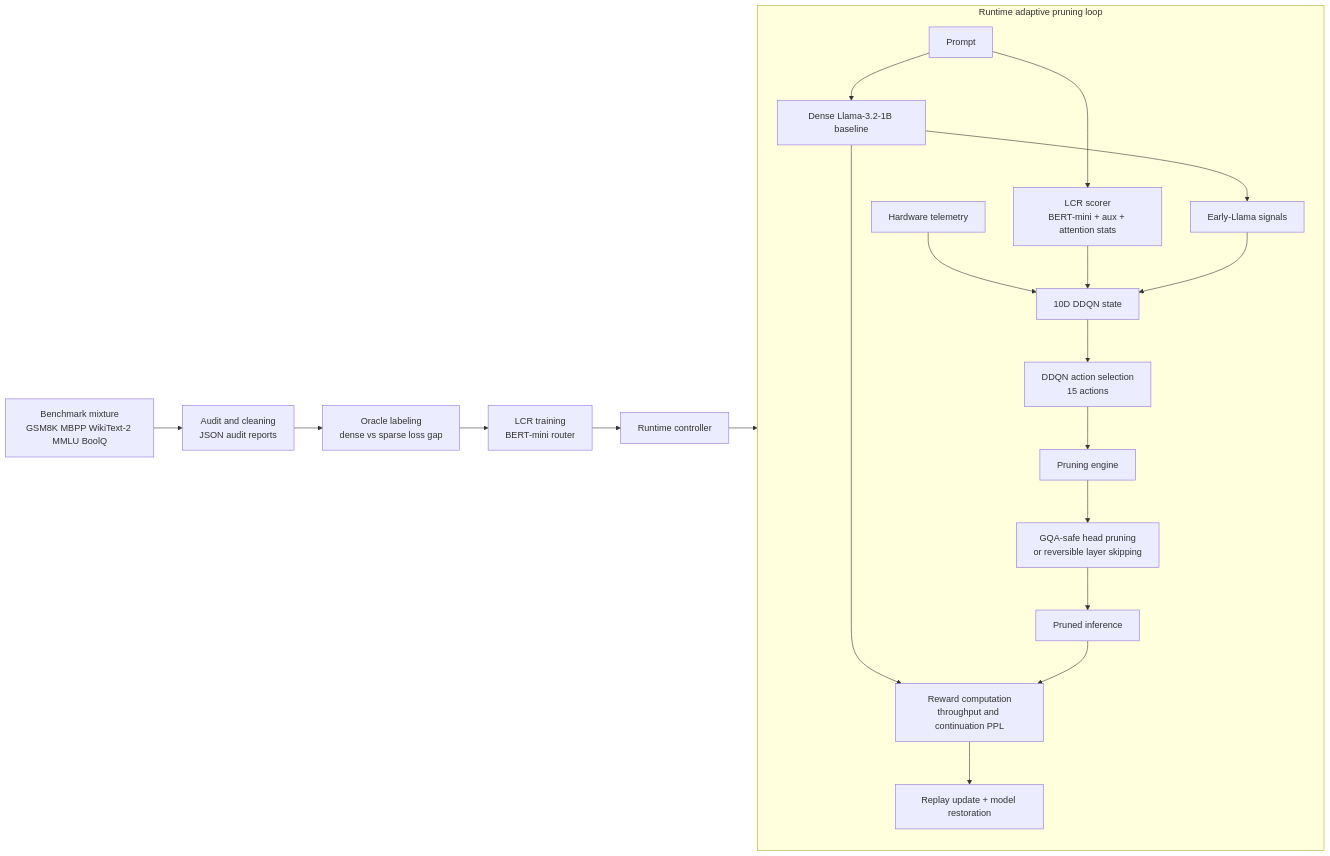
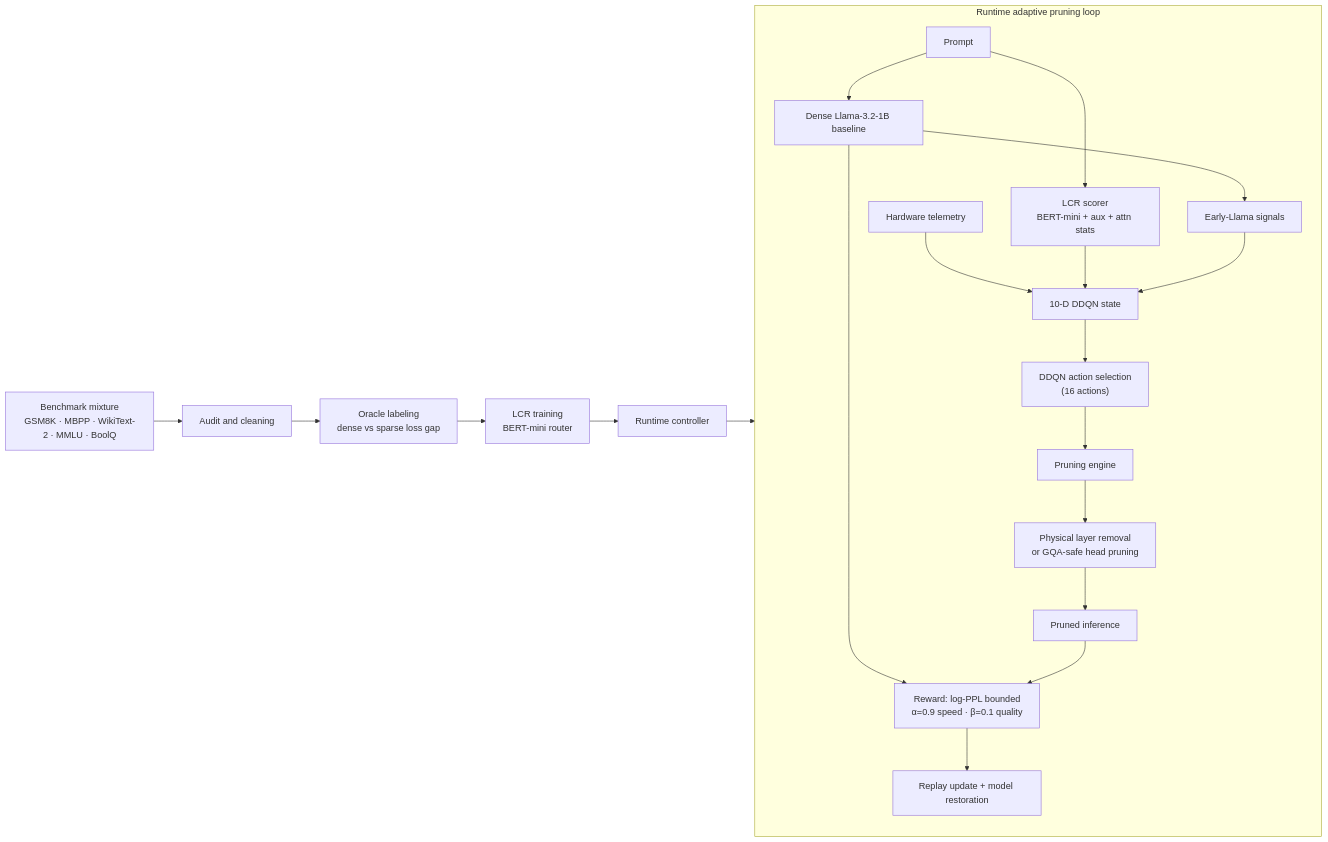
The first of 7 diagrams in README.md (asief-iqbal/Thesis), drawn with Mermaid before and after one commit. The commit also changed other lines of this file and 122 other files, not shown here.

````diff
--- a/README.md
+++ b/README.md
@@ -221,25 +71,25 @@
 ```mermaid
 flowchart LR
-    A[Benchmark mixture<br/>GSM8K MBPP WikiText-2 MMLU BoolQ] --> B[Audit and cleaning<br/>JSON audit reports]
+    A[Benchmark mixture<br/>GSM8K · MBPP · WikiText-2 · MMLU · BoolQ] --> B[Audit and cleaning]
     B --> C[Oracle labeling<br/>dense vs sparse loss gap]
     C --> D[LCR training<br/>BERT-mini router]
     D --> E[Runtime controller]
 
-    subgraph Runtime [Runtime adaptive pruning loop]
+    subgraph Runtime ["Runtime adaptive pruning loop"]
         F[Prompt] --> G[Dense Llama-3.2-1B baseline]
-        F --> H[LCR scorer<br/>BERT-mini + aux + attention stats]
+        F --> H[LCR scorer<br/>BERT-mini + aux + attn stats]
         G --> I[Early-Llama signals]
-        J[Hardware telemetry] --> K[10D DDQN state]
+        J[Hardware telemetry] --> K["10-D DDQN state"]
         H --> K
         I --> K
-        K --> L[DDQN action selection<br/>15 actions]
+        K --> L["DDQN action selection<br/>(16 actions)"]
         L --> M[Pruning engine]
-        M --> N[GQA-safe head pruning<br/>or reversible layer skipping]
+        M --> N["Physical layer removal<br/>or GQA-safe head pruning"]
         N --> O[Pruned inference]
-        G --> P[Reward computation<br/>throughput and continuation PPL]
+        G --> P["Reward: log-PPL bounded<br/>α=0.9 speed · β=0.1 quality"]
         O --> P
         P --> Q[Replay update + model restoration]
     end
 
     E --> Runtime
 ```
````
